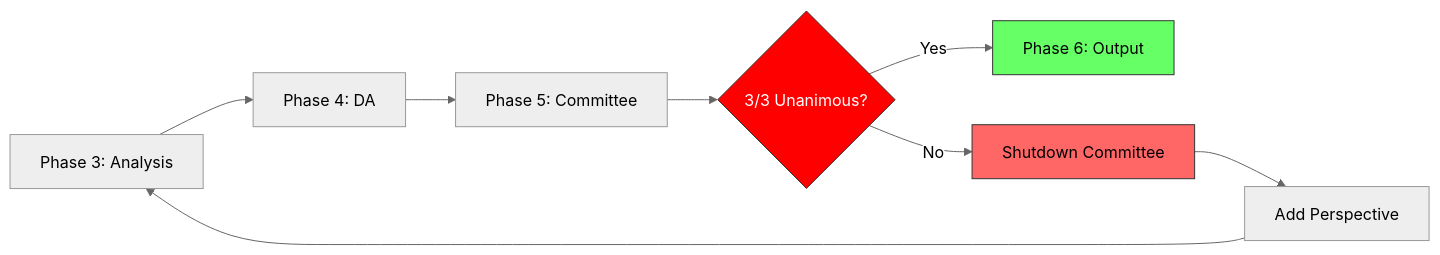
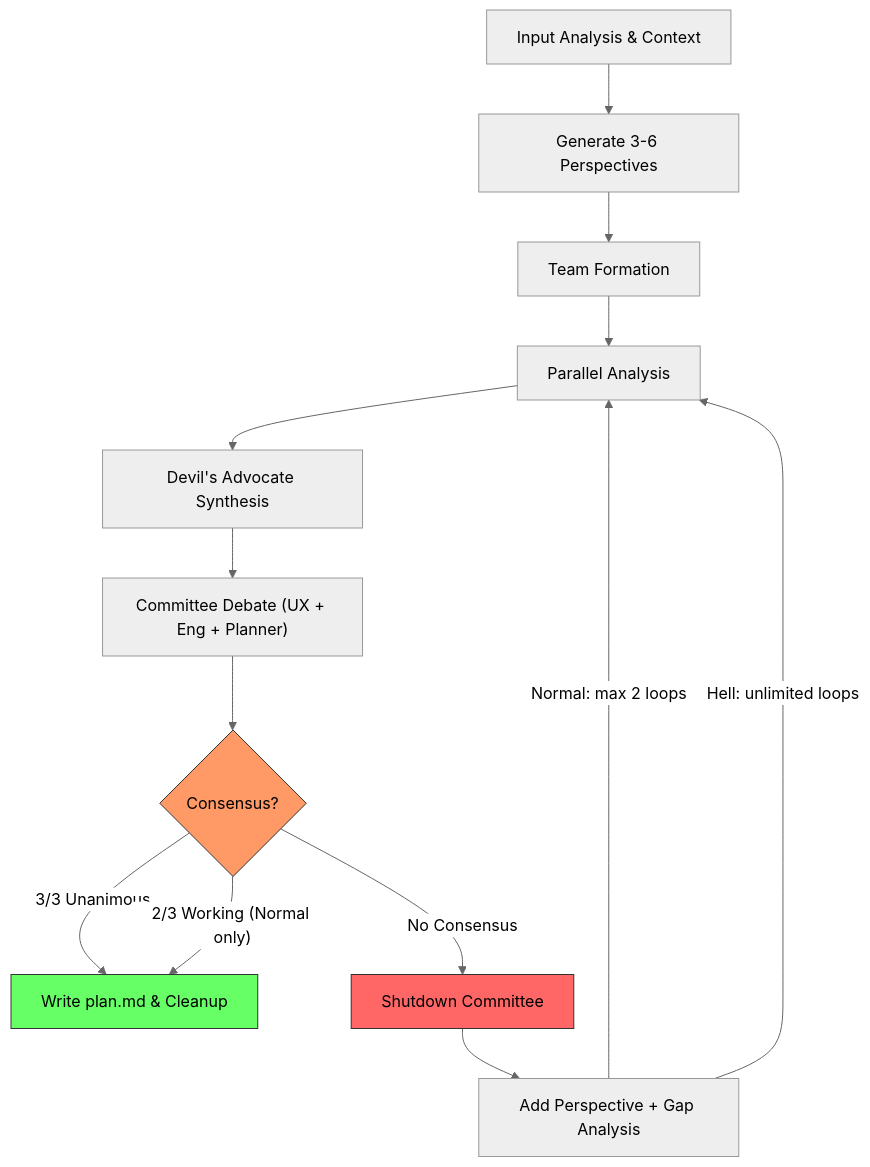
Before and after one commit to valentin1235/prism: the third of 3 diagrams in README.md, drawn with Mermaid (neutral theme). The commit also changed other lines of this file, not shown here.

First line of the commit message:
docs: restore original README sections, simplify plan mermaid diagram

````diff
--- a/README.md
+++ b/README.md
@@ -150,14 +301,21 @@
 ```mermaid
-graph LR
-    A[Phase 3: Analysis] --> B[Phase 4: DA]
-    B --> C[Phase 5: Committee]
-    C --> D{3/3 Unanimous?}
-    D -->|Yes| E[Phase 6: Output]
-    D -->|No| F[Shutdown Committee]
-    F --> G[Add Perspective]
-    G --> A
+graph TD
+    A[Input Analysis & Context] --> B[Generate 3-6 Perspectives]
+    B --> C[Team Formation]
+    C --> D[Parallel Analysis]
+    D --> E[Devil's Advocate Synthesis]
+    E --> F["Committee Debate (UX + Eng + Planner)"]
+    F --> G{Consensus?}
 
-    style D fill:#f00,color:#fff,stroke:#333
-    style F fill:#f66,stroke:#333
-    style E fill:#6f6,stroke:#333
+    G -->|"3/3 Unanimous"| H["Write plan.md & Cleanup"]
+    G -->|"2/3 Working (Normal only)"| H
+    G -->|"No Consensus"| I[Shutdown Committee]
+    I --> J[Add Perspective + Gap Analysis]
+
+    J -->|"Normal: max 2 loops"| D
+    J -->|"Hell: unlimited loops"| D
+
+    style G fill:#f96,stroke:#333
+    style H fill:#6f6,stroke:#333
+    style I fill:#f66,stroke:#333
 ```
````
